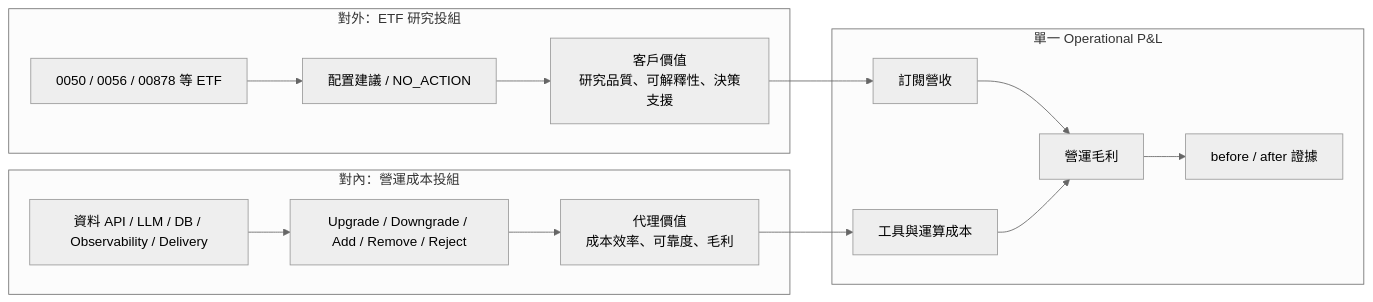
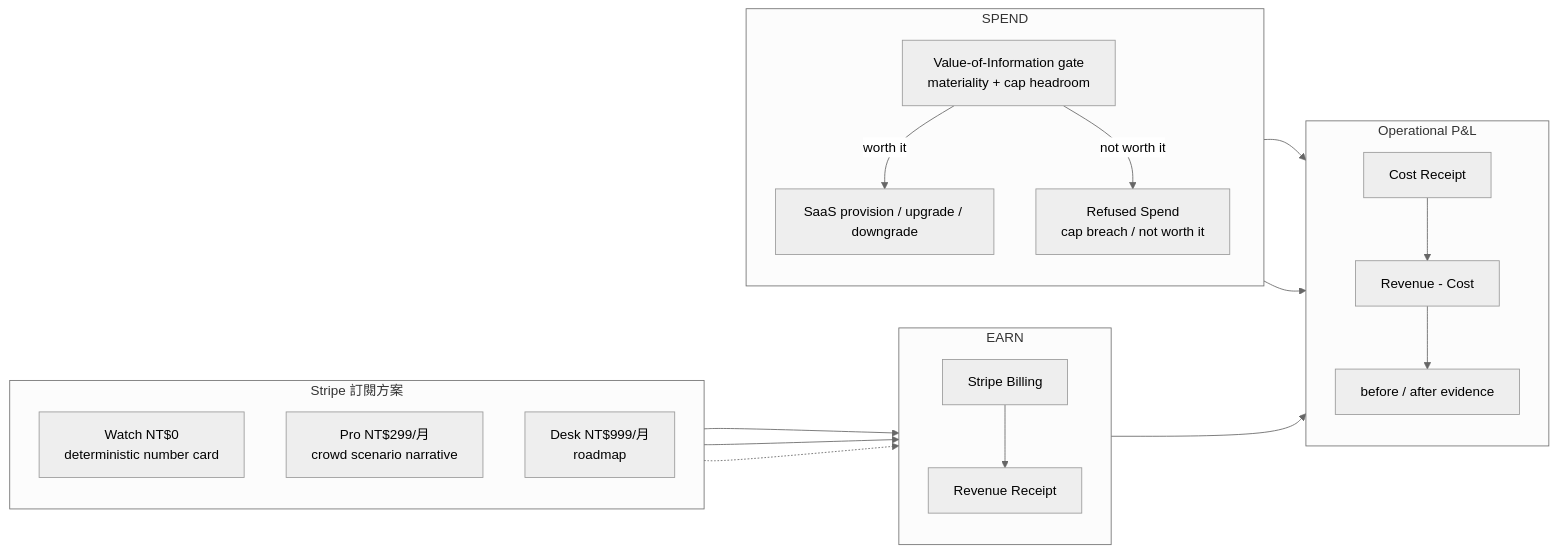
The eighth of 10 diagrams in doc/StackFund_架構分析_Mermaid.md (Silavater/stack_fund_agent), drawn with Mermaid (neutral theme) before and after one commit. The commit also changed other lines of this file, not shown here.

````diff
--- a/doc/StackFund_架構分析_Mermaid.md
+++ b/doc/StackFund_架構分析_Mermaid.md
@@ -410,29 +445,40 @@
 ```mermaid
 flowchart LR
-    subgraph ExternalPortfolio["對外：ETF 研究投組"]
-        ETFUniverse["0050 / 0056 / 00878 等 ETF"]
-        ETFAdvice["配置建議 / NO_ACTION"]
-        CustomerValue["客戶價值<br/>研究品質、可解釋性、決策支援"]
+    subgraph Plans["Stripe 訂閱方案"]
+        direction TB
+        WatchPlan["Watch NT$0<br/>deterministic number card"]
+        ProPlan["Pro NT$299/月<br/>crowd scenario narrative"]
+        DeskPlan["Desk NT$999/月<br/>roadmap"]
     end
 
-    subgraph InternalPortfolio["對內：營運成本投組"]
-        ToolStack["資料 API / LLM / DB / Observability / Delivery"]
-        ToolActions["Upgrade / Downgrade / Add / Remove / Reject"]
-        CostValue["代理價值<br/>成本效率、可靠度、毛利"]
+    subgraph Earn["EARN"]
+        direction TB
+        Billing["Stripe Billing"]
+        Revenue["Revenue Receipt"]
+        Billing --> Revenue
     end
 
-    subgraph PNL["單一 Operational P&L"]
-        Revenue["訂閱營收"]
-        Cost["工具與運算成本"]
-        Margin["營運毛利"]
-        Evidence["before / after 證據"]
+    subgraph Spend["SPEND"]
+        direction TB
+        VoI["Value-of-Information gate<br/>materiality + cap headroom"]
+        Provision["SaaS provision / upgrade / downgrade"]
+        Refused["Refused Spend<br/>cap breach / not worth it"]
+        VoI -->|"worth it"| Provision
+        VoI -->|"not worth it"| Refused
     end
 
-    ETFUniverse --> ETFAdvice --> CustomerValue
-    ToolStack --> ToolActions --> CostValue
-    CustomerValue --> Revenue
-    CostValue --> Cost
+    subgraph PNL["Operational P&L"]
+        direction TB
+        Cost["Cost Receipt"]
+        Margin["Revenue - Cost"]
+        Evidence["before / after evidence"]
+        Margin --> Evidence
+    end
+
+    WatchPlan --> Billing
+    ProPlan --> Billing
+    DeskPlan -.-> Billing
     Revenue --> Margin
-    Cost --> Margin
-    Margin --> Evidence
+    Provision --> Cost --> Margin
+    Refused --> Evidence
 ```
````
